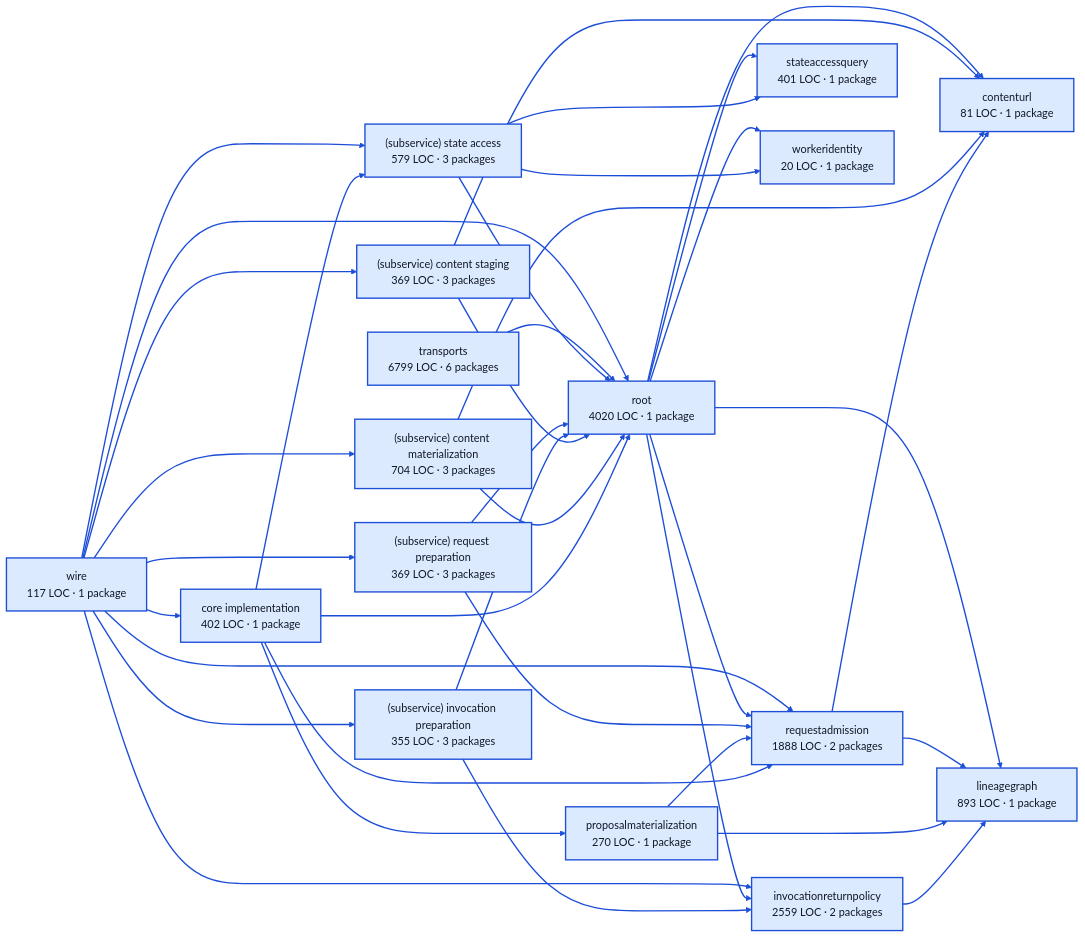
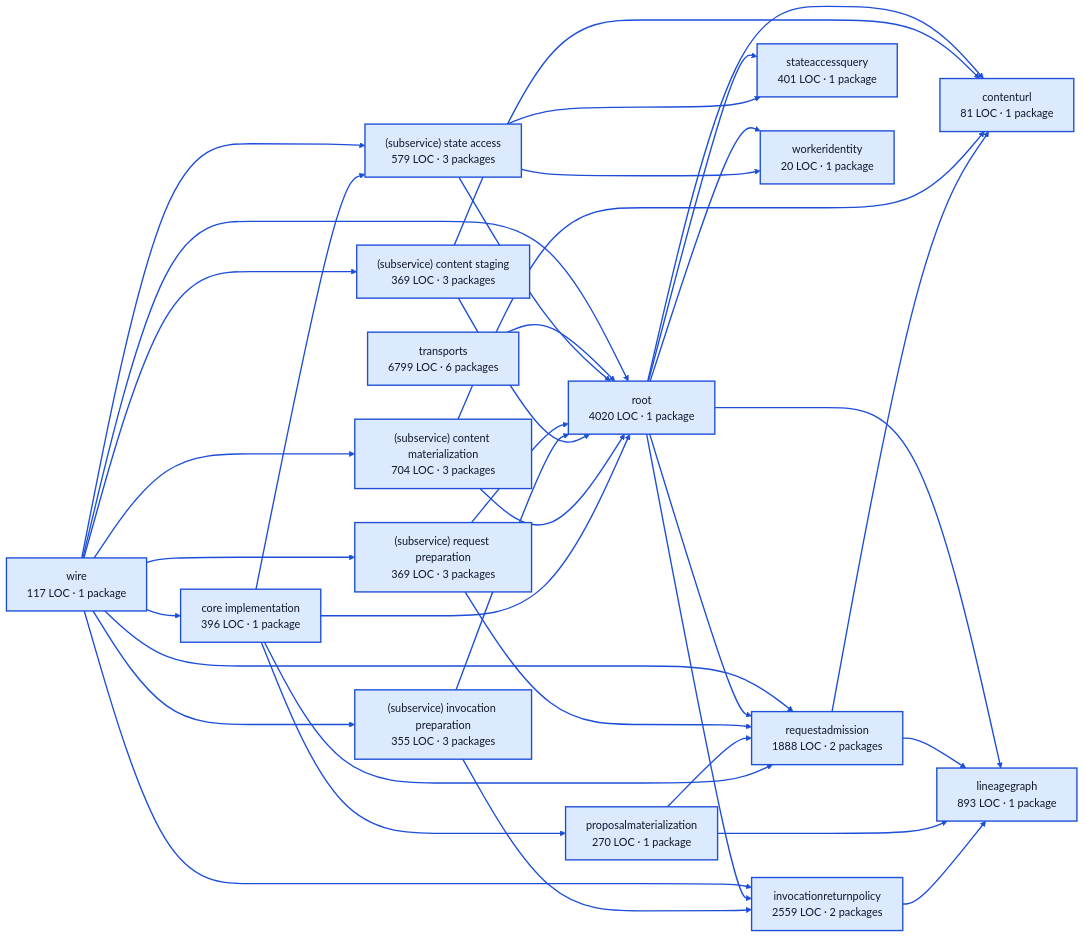
The diagram in docs/architecture/visualizations/services/work.md (portpowered/you-agent-factory), drawn with Mermaid (base theme) before and after one commit. The commit also changed other lines of this file and 20 other files, not shown here.

Commit message:
docs: refresh backend architecture visualizations

````diff
--- a/docs/architecture/visualizations/services/work.md
+++ b/docs/architecture/visualizations/services/work.md
@@ -11,72 +11,72 @@
 ```mermaid
 flowchart LR
-  p0["core implementation<br/>402 LOC · 1 package"]
+  p0["core implementation<br/>396 LOC · 1 package"]
   p1["contenturl<br/>81 LOC · 1 package"]
   p2["invocationreturnpolicy<br/>2559 LOC · 2 packages"]
   p3["lineagegraph<br/>893 LOC · 1 package"]
   p4["proposalmaterialization<br/>270 LOC · 1 package"]
   p5["requestadmission<br/>1888 LOC · 2 packages"]
   p6["(subservice) content materialization<br/>704 LOC · 3 packages"]
   p7["(subservice) content staging<br/>369 LOC · 3 packages"]
   p8["(subservice) invocation preparation<br/>355 LOC · 3 packages"]
   p9["(subservice) request preparation<br/>369 LOC · 3 packages"]
   p10["(subservice) state access<br/>579 LOC · 3 packages"]
   p11["stateaccessquery<br/>401 LOC · 1 package"]
   p12["workeridentity<br/>20 LOC · 1 package"]
   p13["root<br/>4020 LOC · 1 package"]
   p14["transports<br/>6799 LOC · 6 packages"]
   p15["wire<br/>117 LOC · 1 package"]
   p0 --> p4
   p0 --> p5
   p0 --> p10
   p0 --> p13
   p2 --> p3
   p4 --> p3
   p4 --> p5
   p5 --> p1
   p5 --> p3
   p6 --> p1
   p6 --> p13
   p7 --> p1
   p7 --> p13
   p8 --> p2
   p8 --> p13
   p9 --> p5
   p9 --> p13
   p10 --> p11
   p10 --> p12
   p10 --> p13
   p13 --> p1
   p13 --> p2
   p13 --> p3
   p13 --> p5
   p13 --> p11
   p13 --> p12
   p14 --> p13
   p15 --> p0
   p15 --> p2
   p15 --> p5
   p15 --> p6
   p15 --> p7
   p15 --> p8
   p15 --> p9
   p15 --> p10
   p15 --> p13
   style p0 fill:#dbeafe,stroke:#1d4ed8,stroke-width:2px,color:#111827
   style p1 fill:#dbeafe,stroke:#1d4ed8,stroke-width:2px,color:#111827
   style p2 fill:#dbeafe,stroke:#1d4ed8,stroke-width:2px,color:#111827
   style p3 fill:#dbeafe,stroke:#1d4ed8,stroke-width:2px,color:#111827
   style p4 fill:#dbeafe,stroke:#1d4ed8,stroke-width:2px,color:#111827
   style p5 fill:#dbeafe,stroke:#1d4ed8,stroke-width:2px,color:#111827
   style p6 fill:#dbeafe,stroke:#1d4ed8,stroke-width:2px,color:#111827
   style p7 fill:#dbeafe,stroke:#1d4ed8,stroke-width:2px,color:#111827
   style p8 fill:#dbeafe,stroke:#1d4ed8,stroke-width:2px,color:#111827
   style p9 fill:#dbeafe,stroke:#1d4ed8,stroke-width:2px,color:#111827
   style p10 fill:#dbeafe,stroke:#1d4ed8,stroke-width:2px,color:#111827
   style p11 fill:#dbeafe,stroke:#1d4ed8,stroke-width:2px,color:#111827
   style p12 fill:#dbeafe,stroke:#1d4ed8,stroke-width:2px,color:#111827
   style p13 fill:#dbeafe,stroke:#1d4ed8,stroke-width:2px,color:#111827
   style p14 fill:#dbeafe,stroke:#1d4ed8,stroke-width:2px,color:#111827
   style p15 fill:#dbeafe,stroke:#1d4ed8,stroke-width:2px,color:#111827
   linkStyle default stroke:#1d4ed8,stroke-width:2px
 ```
````
